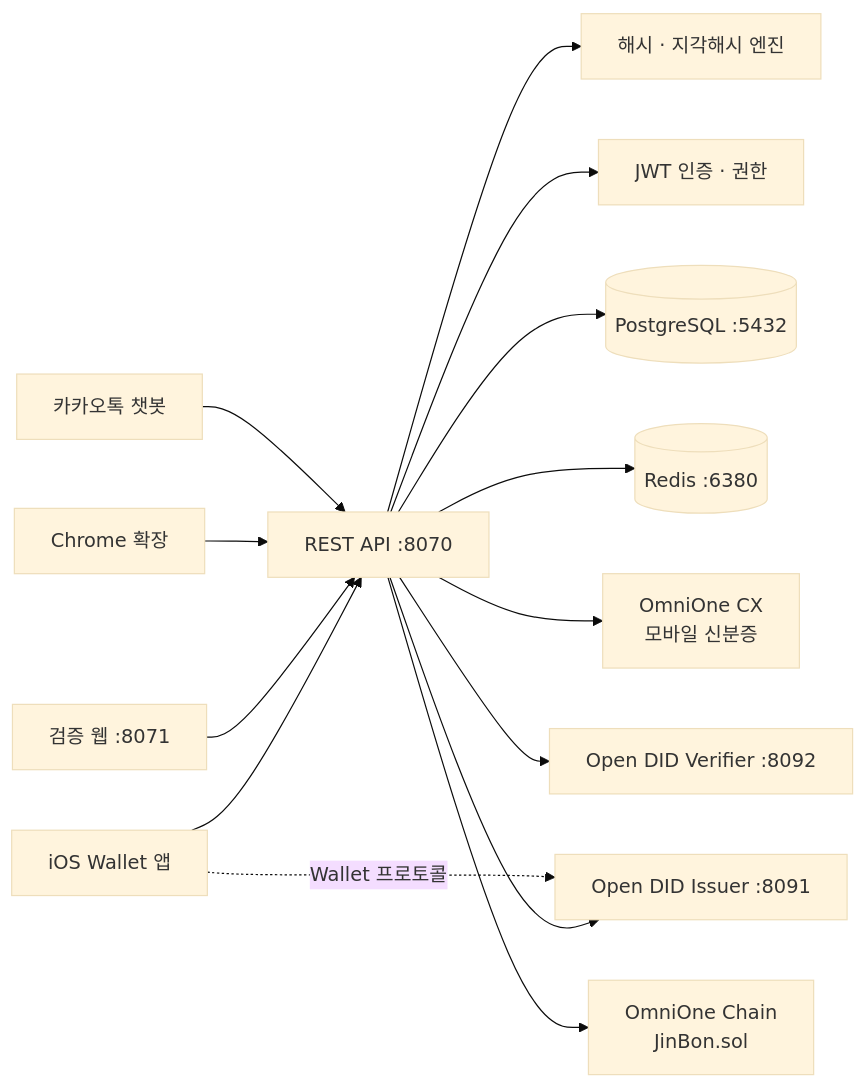
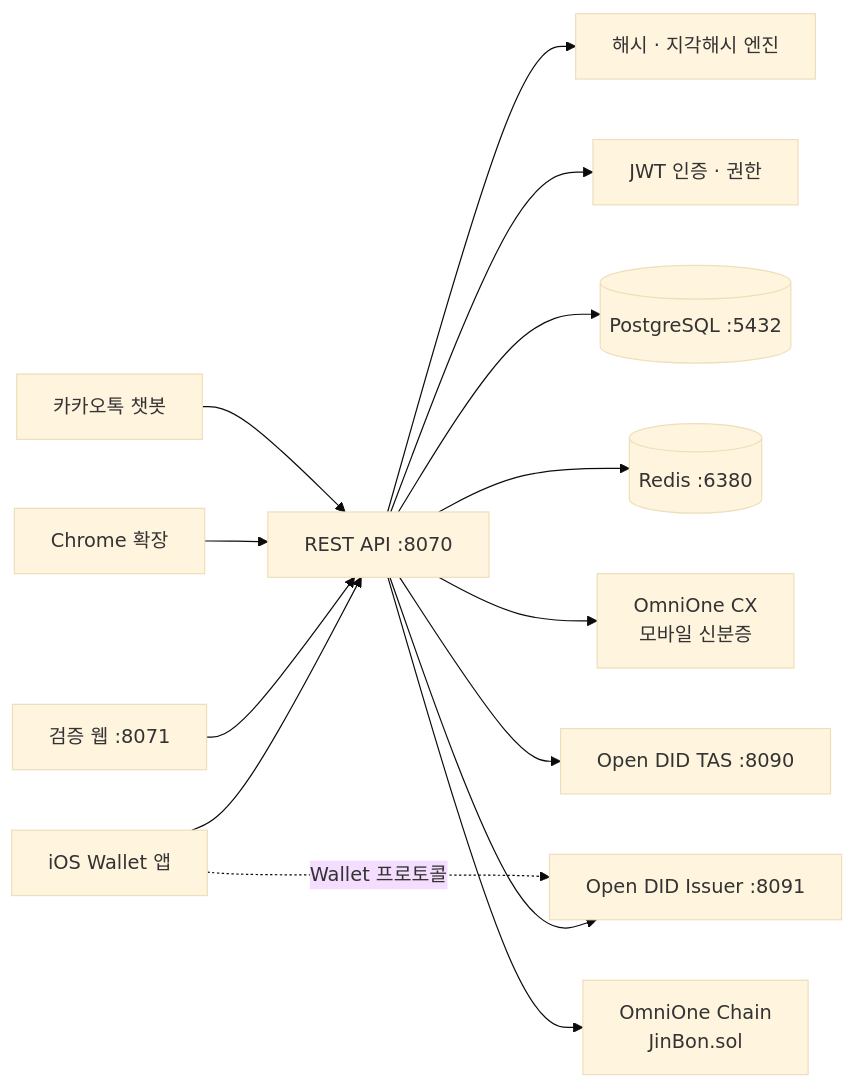
One commit to 2026-hackathon-Jinbon/jinbon-docs changed the diagram in dev-center/docs/developers/architecture/overview.md. Above: the diagram before and after it, drawn with Mermaid (base theme). The commit also changed other lines of this file and 22 other files, not shown here.

````diff
--- a/dev-center/docs/developers/architecture/overview.md
+++ b/dev-center/docs/developers/architecture/overview.md
@@ -5,33 +5,33 @@
 ```mermaid
 graph LR
     IOS[iOS Wallet 앱]
     WEB[검증 웹 :8071]
     EXT[Chrome 확장]
     KAKAO[카카오톡 챗봇]
 
     API[REST API :8070]
     HASH[해시 · 지각해시 엔진]
     SEC[JWT 인증 · 권한]
 
     PG[(PostgreSQL :5432)]
     RD[(Redis :6380)]
 
     CX[OmniOne CX<br/>모바일 신분증]
     ISS[Open DID Issuer :8091]
-    VER[Open DID Verifier :8092]
+    TAS[Open DID TAS :8090]
     CHAIN[OmniOne Chain<br/>JinBon.sol]
 
     IOS --> API
     WEB --> API
     EXT --> API
     KAKAO --> API
     API --> HASH
     API --> SEC
     API --> PG
     API --> RD
     API --> CX
     API --> ISS
-    API --> VER
+    API --> TAS
     API --> CHAIN
     IOS -.Wallet 프로토콜.-> ISS
 ```
````
